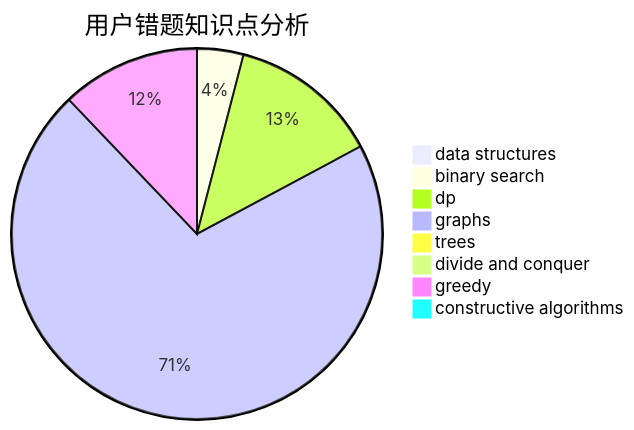
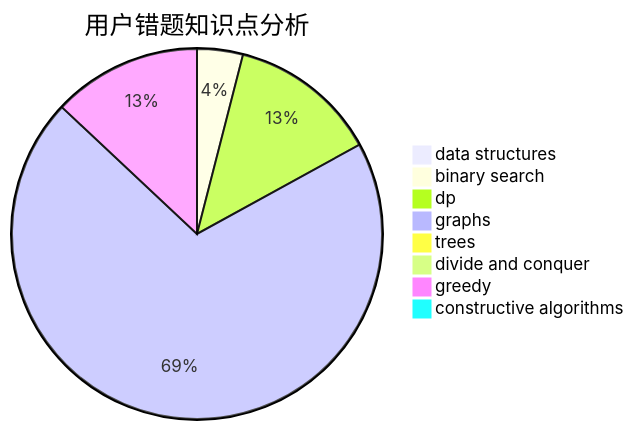
Before and after one commit to sherpahu/cfrs.github.io: the third of 3 diagrams in docs/user/u1803.md, drawn with Mermaid. The commit also changed other lines of this file and 2770 other files, not shown here.

````diff
--- a/docs/user/u1803.md
+++ b/docs/user/u1803.md
@@ -36,11 +36,11 @@
 ```mermaid
 pie title 用户错题知识点分析
-    "data structures" :  0
+    "data structures" :  1
     "binary search" :  4
     "dp" :  13
     "graphs" :  70
     "trees" :  0
     "divide and conquer" :  0
-    "greedy" :  12
+    "greedy" :  13
     "constructive algorithms" :  0
 ```
````
